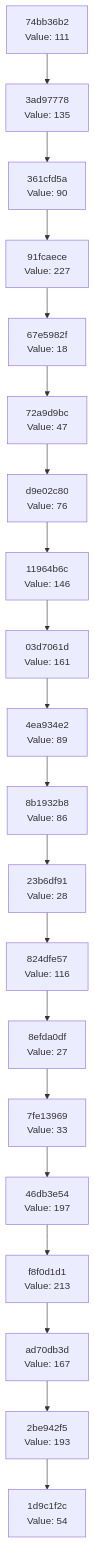
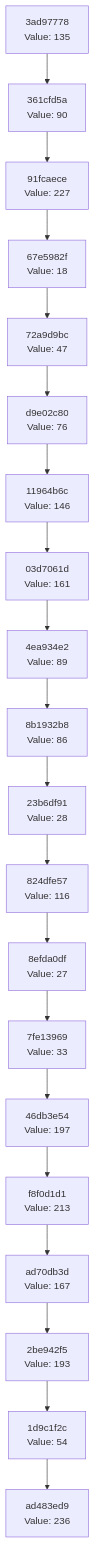
Before and after one commit to Abhisheksinha1506/hash-chain-evolver: the diagram in docs/CHAIN_VISUALIZATION.md, drawn with Mermaid. The commit also changed 2 other files, not shown here.

Commit message:
Evolution Step

````diff
--- a/docs/CHAIN_VISUALIZATION.md
+++ b/docs/CHAIN_VISUALIZATION.md
@@ -3,42 +3,42 @@
 ```mermaid
 graph TD
-    C0["1d9c1f2c<br/>Value: 54"]
-    C1["2be942f5<br/>Value: 193"]
+    C0["ad483ed9<br/>Value: 236"]
+    C1["1d9c1f2c<br/>Value: 54"]
     C1 --> C0
-    C2["ad70db3d<br/>Value: 167"]
+    C2["2be942f5<br/>Value: 193"]
     C2 --> C1
-    C3["f8f0d1d1<br/>Value: 213"]
+    C3["ad70db3d<br/>Value: 167"]
     C3 --> C2
-    C4["46db3e54<br/>Value: 197"]
+    C4["f8f0d1d1<br/>Value: 213"]
     C4 --> C3
-    C5["7fe13969<br/>Value: 33"]
+    C5["46db3e54<br/>Value: 197"]
     C5 --> C4
-    C6["8efda0df<br/>Value: 27"]
+    C6["7fe13969<br/>Value: 33"]
     C6 --> C5
-    C7["824dfe57<br/>Value: 116"]
+    C7["8efda0df<br/>Value: 27"]
     C7 --> C6
-    C8["23b6df91<br/>Value: 28"]
+    C8["824dfe57<br/>Value: 116"]
     C8 --> C7
-    C9["8b1932b8<br/>Value: 86"]
+    C9["23b6df91<br/>Value: 28"]
     C9 --> C8
-    C10["4ea934e2<br/>Value: 89"]
+    C10["8b1932b8<br/>Value: 86"]
     C10 --> C9
-    C11["03d7061d<br/>Value: 161"]
+    C11["4ea934e2<br/>Value: 89"]
     C11 --> C10
-    C12["11964b6c<br/>Value: 146"]
+    C12["03d7061d<br/>Value: 161"]
     C12 --> C11
-    C13["d9e02c80<br/>Value: 76"]
+    C13["11964b6c<br/>Value: 146"]
     C13 --> C12
-    C14["72a9d9bc<br/>Value: 47"]
+    C14["d9e02c80<br/>Value: 76"]
     C14 --> C13
-    C15["67e5982f<br/>Value: 18"]
+    C15["72a9d9bc<br/>Value: 47"]
     C15 --> C14
-    C16["91fcaece<br/>Value: 227"]
+    C16["67e5982f<br/>Value: 18"]
     C16 --> C15
-    C17["361cfd5a<br/>Value: 90"]
+    C17["91fcaece<br/>Value: 227"]
     C17 --> C16
-    C18["3ad97778<br/>Value: 135"]
+    C18["361cfd5a<br/>Value: 90"]
     C18 --> C17
-    C19["74bb36b2<br/>Value: 111"]
+    C19["3ad97778<br/>Value: 135"]
     C19 --> C18
 ```
````
